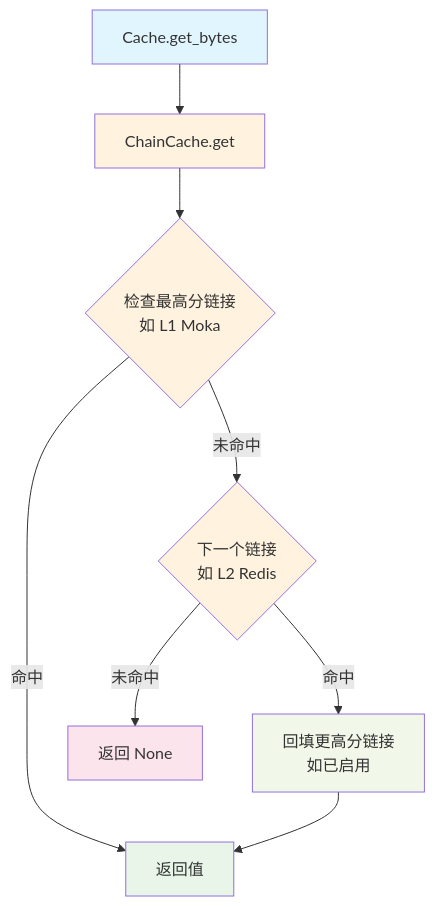
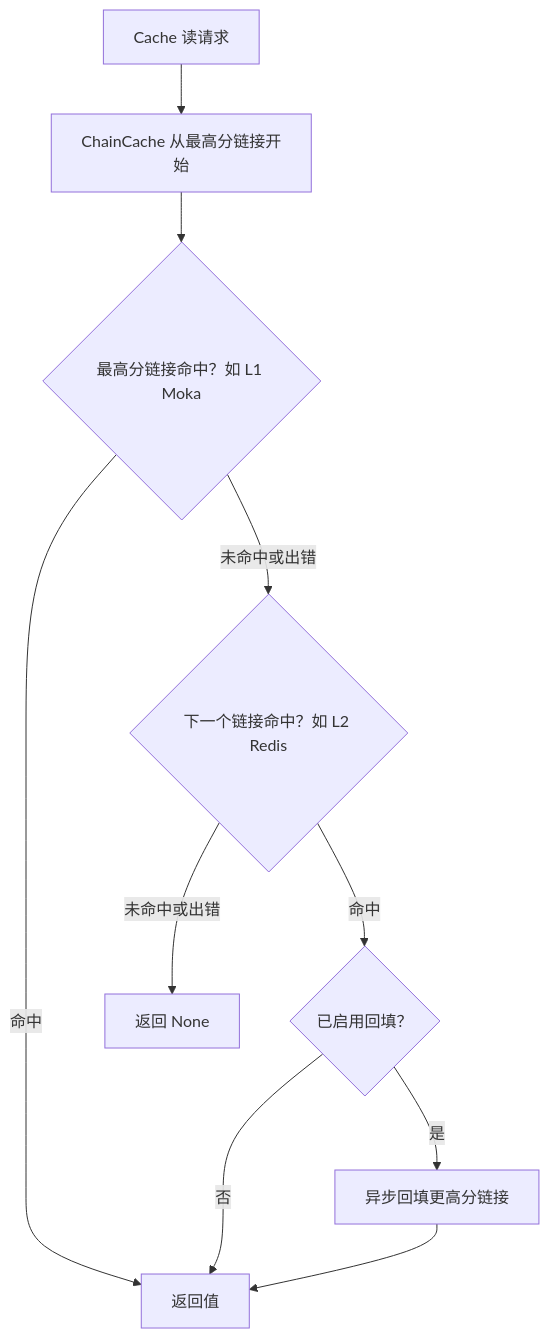
The third of 6 diagrams in docs/ARCHITECTURE.md (Kirky-X/oxcache), drawn with Mermaid before and after one commit. The commit also changed other lines of this file and 7 other files, not shown here.

Commit message:
docs(oxcache): docs 文档套件统一优化 — emoji 化 h2 与折叠目录、文档间交叉链接网络、架构/数据流 mermaid 图、结构化内容表格化、清除内部任务追踪引用；失真内容对照 src/ 源码修正，基准数字与安全承诺口径原样保留

````diff
--- a/docs/ARCHITECTURE.md
+++ b/docs/ARCHITECTURE.md
@@ -569,18 +589,12 @@
 ```mermaid
 flowchart TD
-    A[Cache.get_bytes] --> B[ChainCache.get]
-    B --> C{"检查最高分链接<br/>如 L1 Moka"}
+    A["Cache 读请求"] --> B["ChainCache 从最高分链接开始"]
+    B --> C{"最高分链接命中？如 L1 Moka"}
     C -->|命中| D["返回值"]
-    C -->|未命中| E{"下一个链接<br/>如 L2 Redis"}
-    E -->|命中| F["回填更高分链接<br/>如已启用"]
-    F --> D
-    E -->|未命中| G["返回 None"]
-
-    style A fill:#e1f5fe
-    style B fill:#fff3e0
-    style C fill:#fff3e0
-    style D fill:#e8f5e8
-    style E fill:#fff3e0
-    style F fill:#f1f8e9
-    style G fill:#fce4ec
+    C -->|未命中或出错| E{"下一个链接命中？如 L2 Redis"}
+    E -->|命中| F{"已启用回填？"}
+    F -->|是| G["异步回填更高分链接"]
+    F -->|否| D
+    G --> D
+    E -->|未命中或出错| H["返回 None"]
 ```
````
